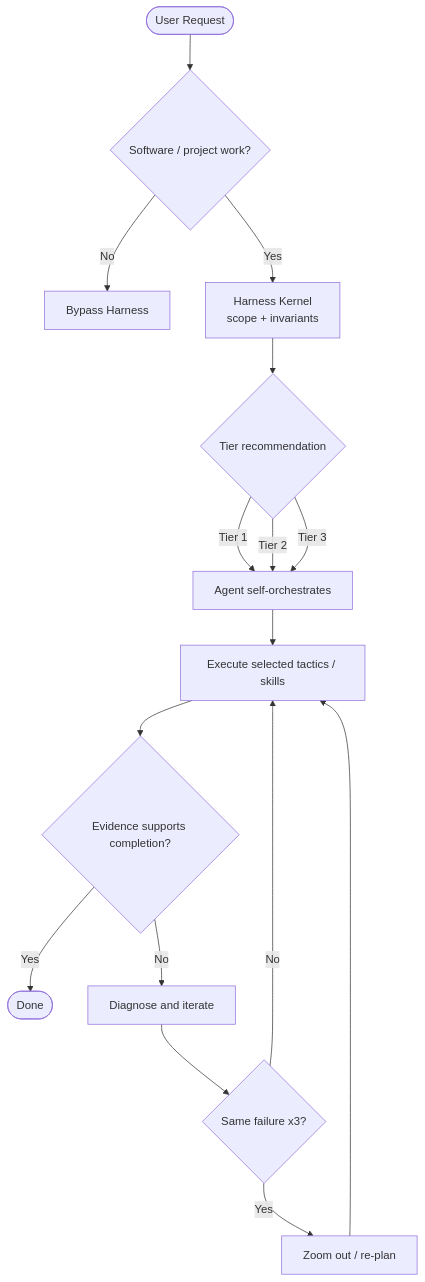
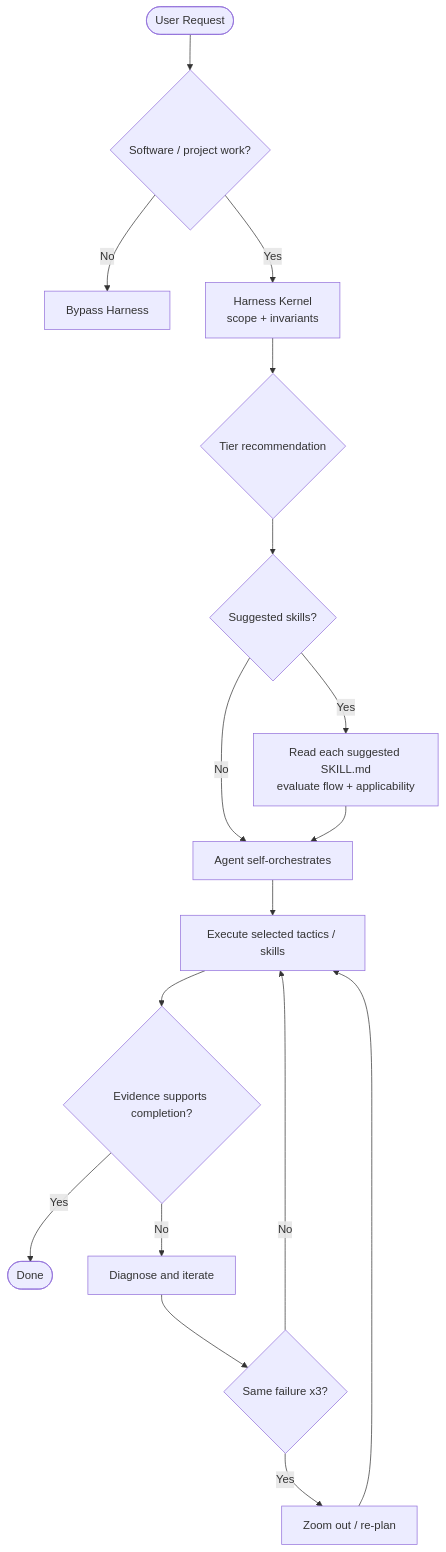
The first of 2 diagrams in docs/routing.md (dyphn1/Harness-everything), drawn with Mermaid before and after one commit. The commit also changed other lines of this file and 16 other files, not shown here.

First line of the commit message:
feat(router): require evaluation before skipping suggested skills (#140)

````diff
--- a/docs/routing.md
+++ b/docs/routing.md
@@ -50,18 +76,19 @@
 ```mermaid
 flowchart TD
     U([User Request]) --> S{Software / project work?}
     S -- No --> B[Bypass Harness]
     S -- Yes --> K[Harness Kernel<br/>scope + invariants]
     K --> T{Tier recommendation}
-    T -- Tier 1 --> A[Agent self-orchestrates]
-    T -- Tier 2 --> A
-    T -- Tier 3 --> A
+    T --> G{Suggested skills?}
+    G -- Yes --> R[Read each suggested SKILL.md<br/>evaluate flow + applicability]
+    G -- No --> A[Agent self-orchestrates]
+    R --> A
     A --> E[Execute selected tactics / skills]
     E --> V{Evidence supports completion?}
     V -- Yes --> D([Done])
-    V -- No --> R[Diagnose and iterate]
-    R --> F{Same failure x3?}
+    V -- No --> X[Diagnose and iterate]
+    X --> F{Same failure x3?}
     F -- No --> E
     F -- Yes --> Z[Zoom out / re-plan]
     Z --> E
 ```
````
